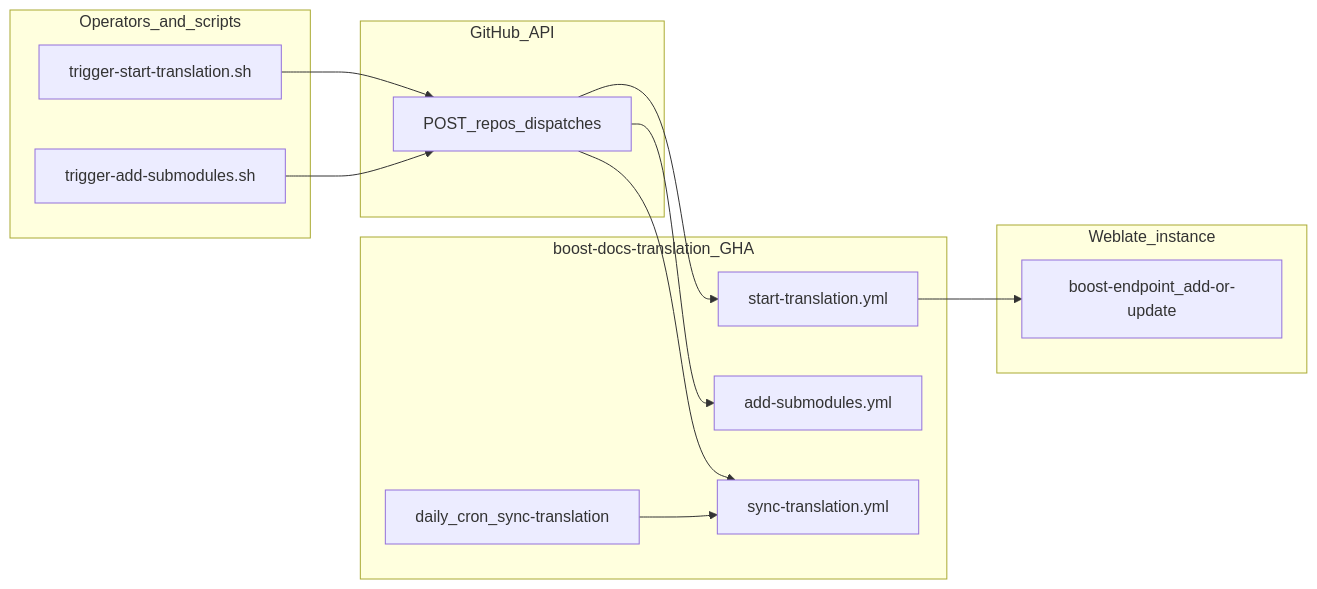
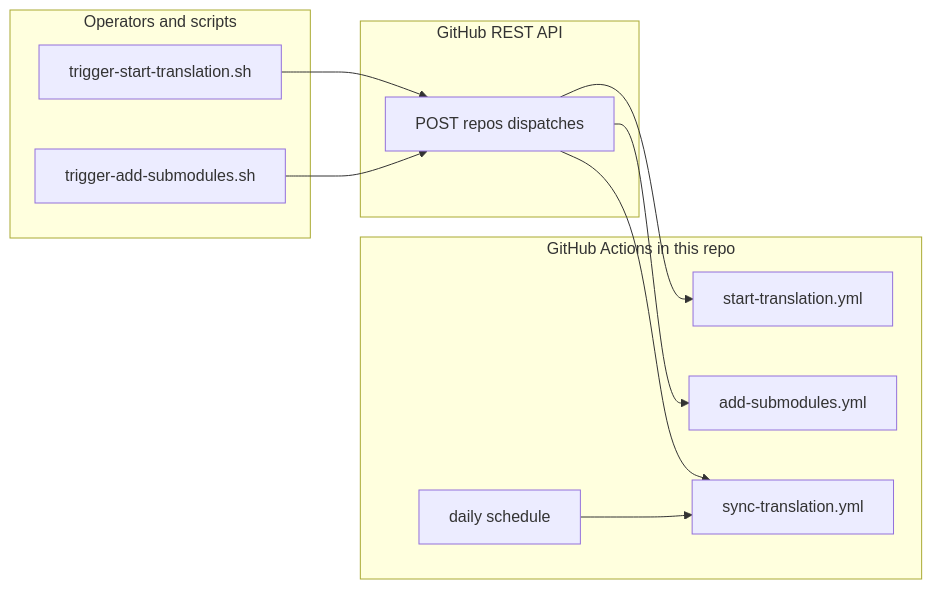
Before and after one commit to CppDigest/boost-docs-translation: the diagram in docs/endpoint-contract.md, drawn with Mermaid. The commit also changed other lines of this file, not shown here.

First line of the commit message:
docs: update endpoint contract documentation

````diff
--- a/docs/endpoint-contract.md
+++ b/docs/endpoint-contract.md
@@ -14,26 +11,22 @@
 ```mermaid
 flowchart LR
-  subgraph operators [Operators_and_scripts]
+  subgraph operators [Operators and scripts]
     trigStart[trigger-start-translation.sh]
     trigAdd[trigger-add-submodules.sh]
   end
-  subgraph github [GitHub_API]
-    dispatches[POST_repos_dispatches]
+  subgraph github [GitHub REST API]
+    dispatches[POST repos dispatches]
   end
-  subgraph gha [boost-docs-translation_GHA]
+  subgraph gha [GitHub Actions in this repo]
     wfStart[start-translation.yml]
     wfAdd[add-submodules.yml]
     wfSync[sync-translation.yml]
-    cronSync[daily_cron_sync-translation]
-  end
-  subgraph weblate [Weblate_instance]
-    addOrUpdate[boost-endpoint_add-or-update]
+    cronSync[daily schedule]
   end
   trigStart --> dispatches
   trigAdd --> dispatches
   dispatches --> wfStart
   dispatches --> wfAdd
   dispatches --> wfSync
   cronSync --> wfSync
-  wfStart --> addOrUpdate
 ```
````
